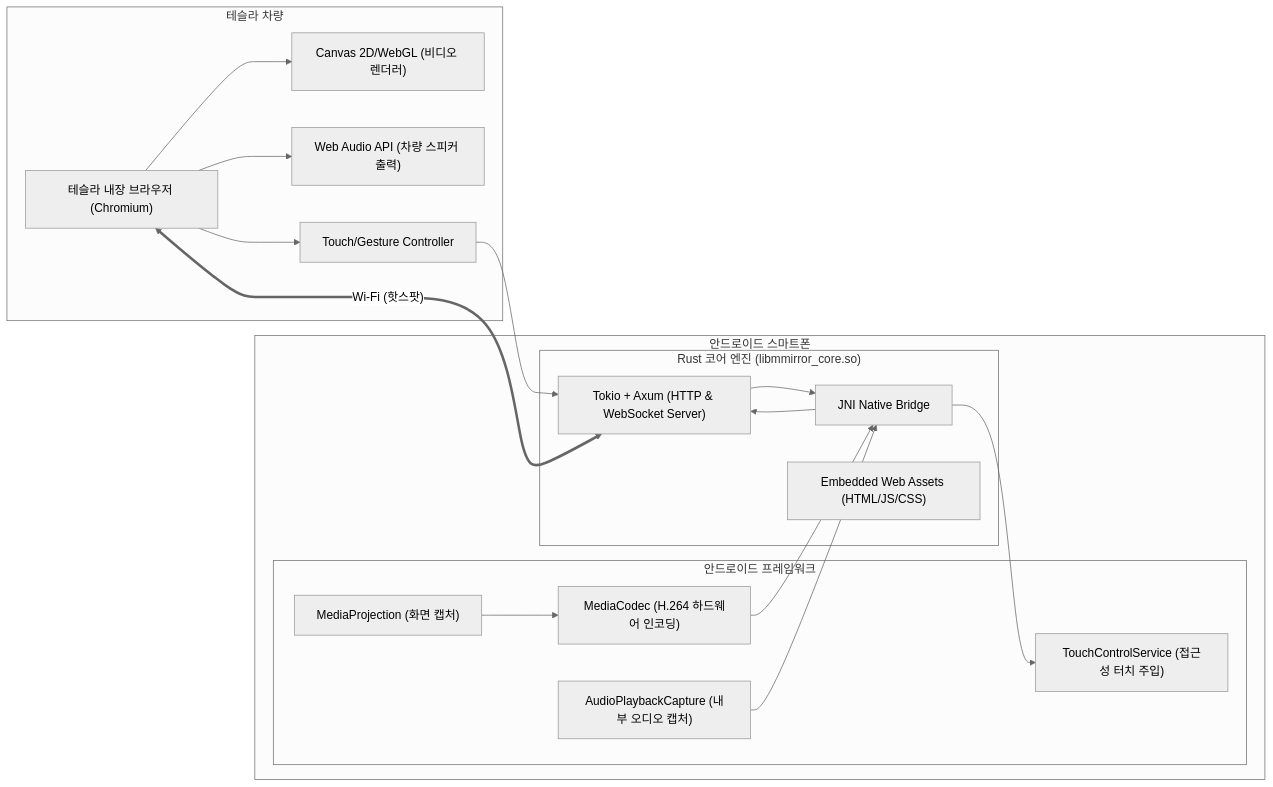
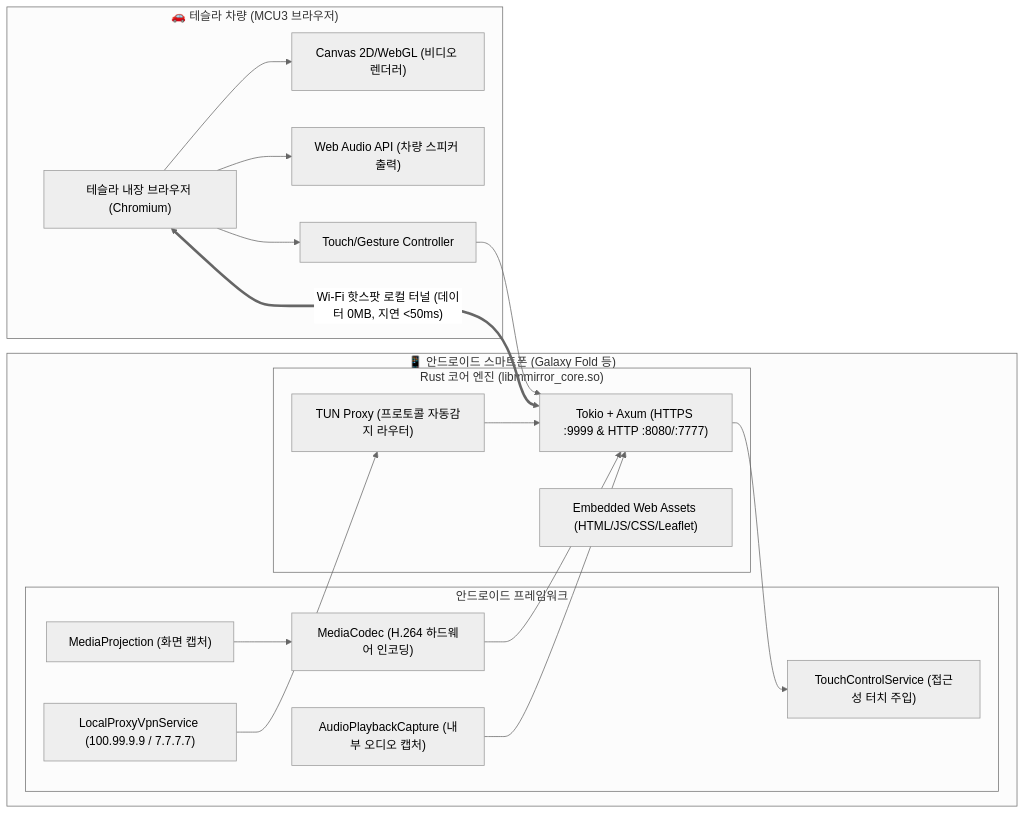
One commit to Profavor/mplatMirror changed the diagram in README.md. Above: the diagram before and after it, drawn with Mermaid (neutral theme). The commit also changed other lines of this file, not shown here.

Commit message:
docs: update README with v1.2.1 0MB local proxy guide & architecture

````diff
--- a/README.md
+++ b/README.md
@@ -39,33 +35,34 @@
 ```mermaid
 flowchart LR
-    subgraph Tesla["테슬라 차량"]
+    subgraph Tesla["🚗 테슬라 차량 (MCU3 브라우저)"]
         TB["테슬라 내장 브라우저 (Chromium)"]
         CANVAS["Canvas 2D/WebGL (비디오 렌더러)"]
         AUDIO["Web Audio API (차량 스피커 출력)"]
         TOUCH["Touch/Gesture Controller"]
         TB --> CANVAS
         TB --> AUDIO
         TB --> TOUCH
     end
 
-    subgraph Smartphone["안드로이드 스마트폰"]
+    subgraph Smartphone["📱 안드로이드 스마트폰 (Galaxy Fold 등)"]
         subgraph Native["안드로이드 프레임워크"]
             MP["MediaProjection (화면 캡처)"]
             ENC["MediaCodec (H.264 하드웨어 인코딩)"]
             AC["AudioPlaybackCapture (내부 오디오 캡처)"]
             ACC["TouchControlService (접근성 터치 주입)"]
+            VPN["LocalProxyVpnService (100.99.9.9 / 7.7.7.7)"]
         end
 
         subgraph RustCore["Rust 코어 엔진 (libmmirror_core.so)"]
-            JNI["JNI Native Bridge"]
-            SERVER["Tokio + Axum (HTTP & WebSocket Server)"]
-            ASSETS["Embedded Web Assets (HTML/JS/CSS)"]
+            TUN["TUN Proxy (프로토콜 자동감지 라우터)"]
+            SERVER["Tokio + Axum (HTTPS :9999 & HTTP :8080/:7777)"]
+            ASSETS["Embedded Web Assets (HTML/JS/CSS/Leaflet)"]
         end
 
-        MP --> ENC --> JNI
-        AC --> JNI
-        JNI --> SERVER
-        SERVER <== "Wi-Fi (핫스팟)" ==> TB
-        TOUCH --> SERVER --> JNI --> ACC
+        MP --> ENC --> SERVER
+        AC --> SERVER
+        VPN --> TUN --> SERVER
+        SERVER <== "Wi-Fi 핫스팟 로컬 터널 (데이터 0MB, 지연 <50ms)" ==> TB
+        TOUCH --> SERVER --> ACC
     end
 ```
````
